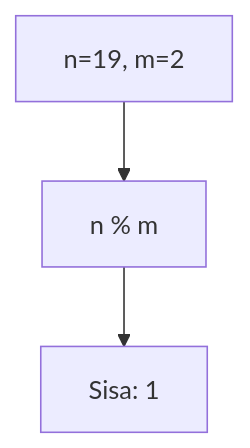
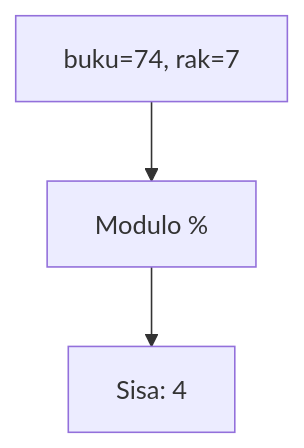
The tenth of 25 diagrams in part-c-pemahaman-cpp/01-tipe-data/latihan/set-12.md (amnahwaida/OSNK_INF_PREP), drawn with Mermaid before and after one commit. The commit also changed other lines of this file and 71 other files, not shown here.

````diff
--- a/part-c-pemahaman-cpp/01-tipe-data/latihan/set-12.md
+++ b/part-c-pemahaman-cpp/01-tipe-data/latihan/set-12.md
@@ -267,5 +278,5 @@
 ```mermaid
 graph TD
-A["n=19, m=2"] --> B["n % m"]
-B --> C["Sisa: 1"]
+A["buku=74, rak=7"] --> B["Modulo %"]
+B --> C["Sisa: 4"]
 ```
````
